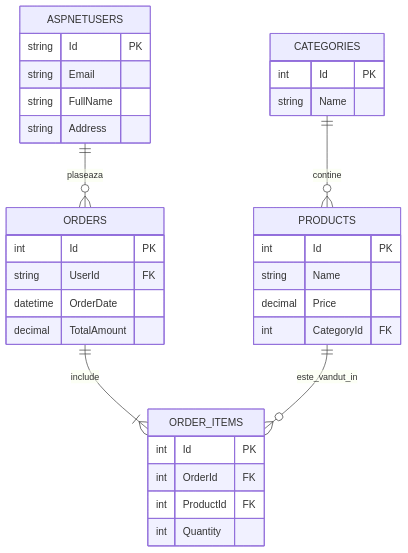
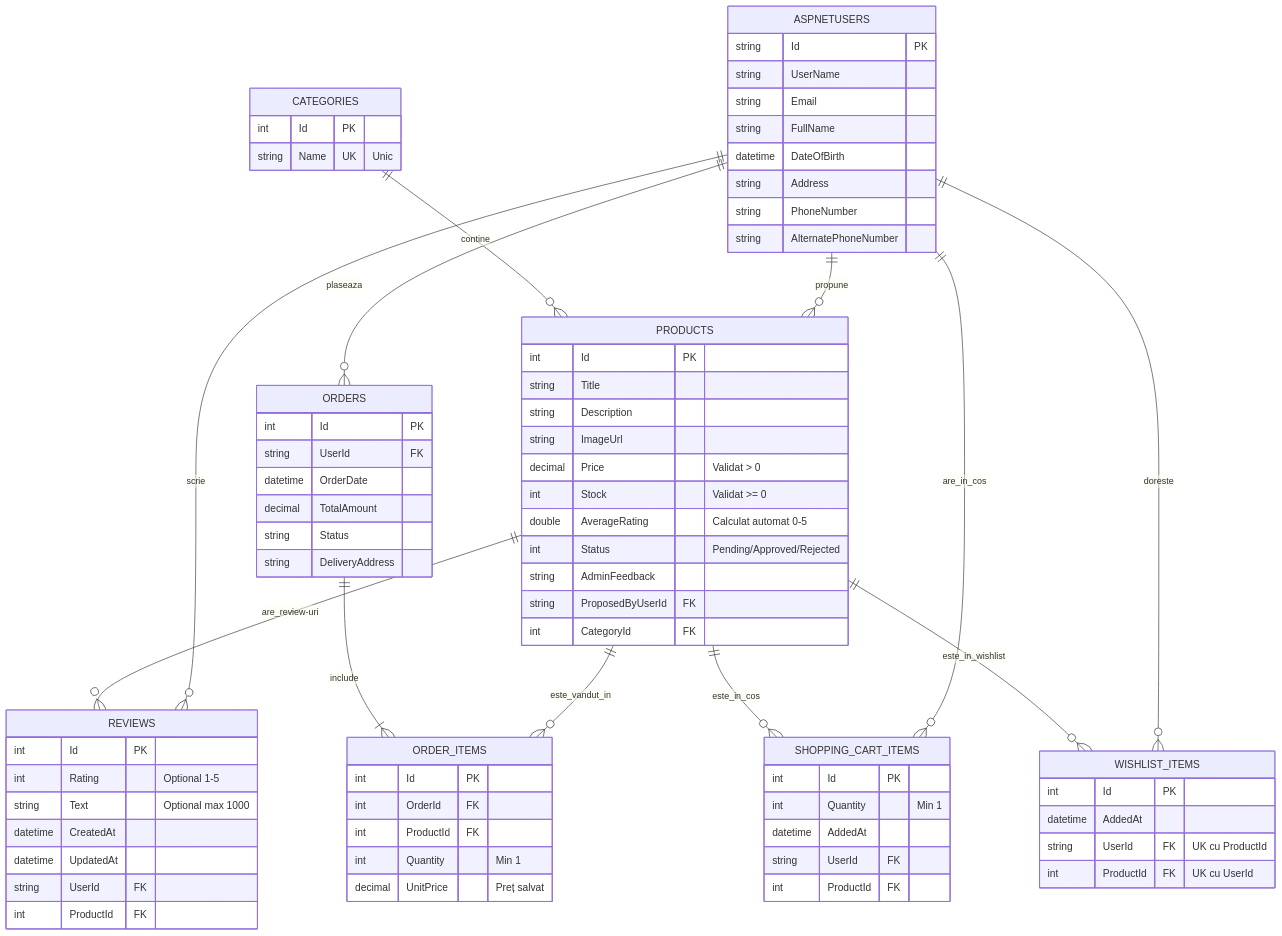
The diagram in README.md (RobertJmek/ShopKeep), drawn with Mermaid before and after one commit. The commit also changed 37 other files, not shown here.

````diff
--- a/README.md
+++ b/README.md
@@ -7,27 +7,73 @@
 ```mermaid
 erDiagram
     ASPNETUSERS ||--o{ ORDERS : "plaseaza"
+    ASPNETUSERS ||--o{ PRODUCTS : "propune"
+    ASPNETUSERS ||--o{ REVIEWS : "scrie"
+    ASPNETUSERS ||--o{ SHOPPING_CART_ITEMS : "are_in_cos"
+    ASPNETUSERS ||--o{ WISHLIST_ITEMS : "doreste"
+    
     CATEGORIES ||--o{ PRODUCTS : "contine"
+    
+    PRODUCTS ||--o{ REVIEWS : "are_review-uri"
+    PRODUCTS ||--o{ SHOPPING_CART_ITEMS : "este_in_cos"
+    PRODUCTS ||--o{ WISHLIST_ITEMS : "este_in_wishlist"
+    PRODUCTS ||--o{ ORDER_ITEMS : "este_vandut_in"
+    
     ORDERS ||--|{ ORDER_ITEMS : "include"
-    PRODUCTS ||--o{ ORDER_ITEMS : "este_vandut_in"
 
     ASPNETUSERS {
         string Id PK
+        string UserName
         string Email
         string FullName
+        datetime DateOfBirth
         string Address
+        string PhoneNumber
+        string AlternatePhoneNumber
     }
 
     CATEGORIES {
         int Id PK
-        string Name
+        string Name UK "Unic"
     }
 
     PRODUCTS {
         int Id PK
-        string Name
-        decimal Price
+        string Title
+        string Description
+        string ImageUrl
+        decimal Price "Validat > 0"
+        int Stock "Validat >= 0"
+        double AverageRating "Calculat automat 0-5"
+        int Status "Pending/Approved/Rejected"
+        string AdminFeedback
+        string ProposedByUserId FK
         int CategoryId FK
+    }
+
+    REVIEWS {
+        int Id PK
+        int Rating "Optional 1-5"
+        string Text "Optional max 1000"
+        datetime CreatedAt
+        datetime UpdatedAt
+        string UserId FK
+        int ProductId FK
+    }
+
+    SHOPPING_CART_ITEMS {
+        int Id PK
+        int Quantity "Min 1"
+        datetime AddedAt
+        string UserId FK
+        int ProductId FK
+    }
+
+    WISHLIST_ITEMS {
+        int Id PK
+        datetime AddedAt
+        string UserId FK "UK cu ProductId"
+        int ProductId FK "UK cu UserId"
     }
 
     ORDERS {
@@ -35,12 +81,15 @@
         string UserId FK
         datetime OrderDate
         decimal TotalAmount
+        string Status
+        string DeliveryAddress
     }
 
     ORDER_ITEMS {
         int Id PK
         int OrderId FK
         int ProductId FK
-        int Quantity
+        int Quantity "Min 1"
+        decimal UnitPrice "Preț salvat"
     }
 ```
````
